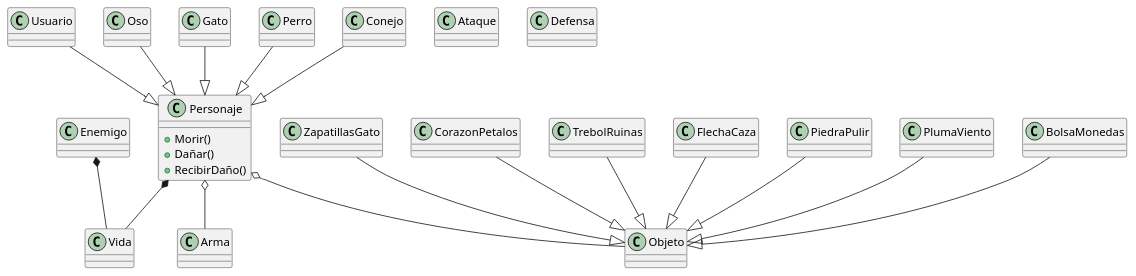
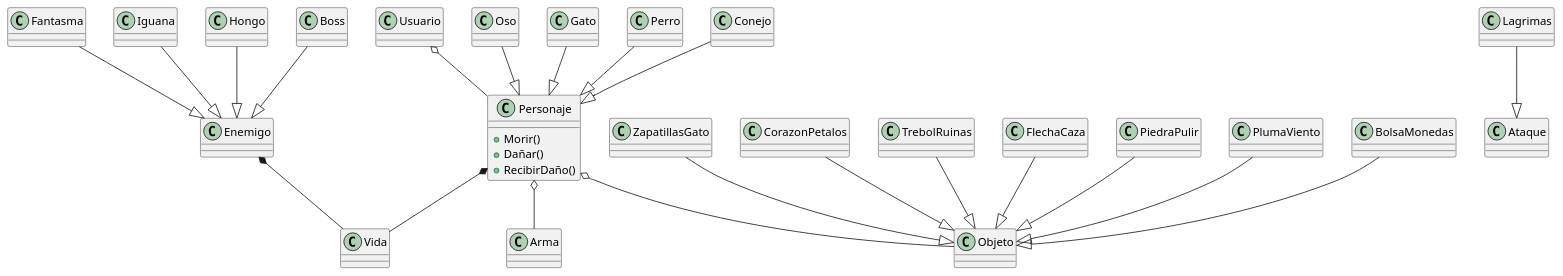
One commit to TextualSpade/Proyecto-3F changed the diagram in docs/Juego.puml. Above: the diagram before and after it, drawn with PlantUML. The commit also changed other lines of this file, not shown here.

Commit message:
DIagrama puml continuado

```diff
--- a/docs/Juego.puml
+++ b/docs/Juego.puml
@@ -1,49 +1,54 @@
 class Usuario
-Usuario --|> Personaje
+Usuario o-- Personaje
 
 
 class Personaje {
   +Morir()
   +Dañar()
   +RecibirDaño()
 }
-
 Personaje *-- Vida 
 Personaje o-- Objeto
 Personaje o-- Arma
-
+class Oso
+class Gato
+class Perro
+class Conejo
 Oso --|> Personaje
 Gato --|> Personaje
 Perro --|> Personaje
 Conejo --|> Personaje
 
 
-Class Enemigo
+class Enemigo
+class Fantasma
+class Iguana
+class Hongo
+class Boss
+Fantasma --|> Enemigo
+Iguana --|> Enemigo
+Hongo --|> Enemigo
+Boss --|> Enemigo
 Enemigo *-- Vida
 
 
 class Ataque 
+class Lagrimas
+Lagrimas --|> Ataque
 
 
 class Objeto
 class ZapatillasGato
 class CorazonPetalos
 class TrebolRuinas
 class FlechaCaza
 class PiedraPulir
 class PlumaViento
 class BolsaMonedas
-
 ZapatillasGato --|> Objeto
 CorazonPetalos --|> Objeto
 TrebolRuinas --|> Objeto
 FlechaCaza --|> Objeto
 PiedraPulir --|> Objeto
 PlumaViento --|> Objeto
 BolsaMonedas --|> Objeto
-
-
-Class Arma 
-
-
-class Defensa
```
